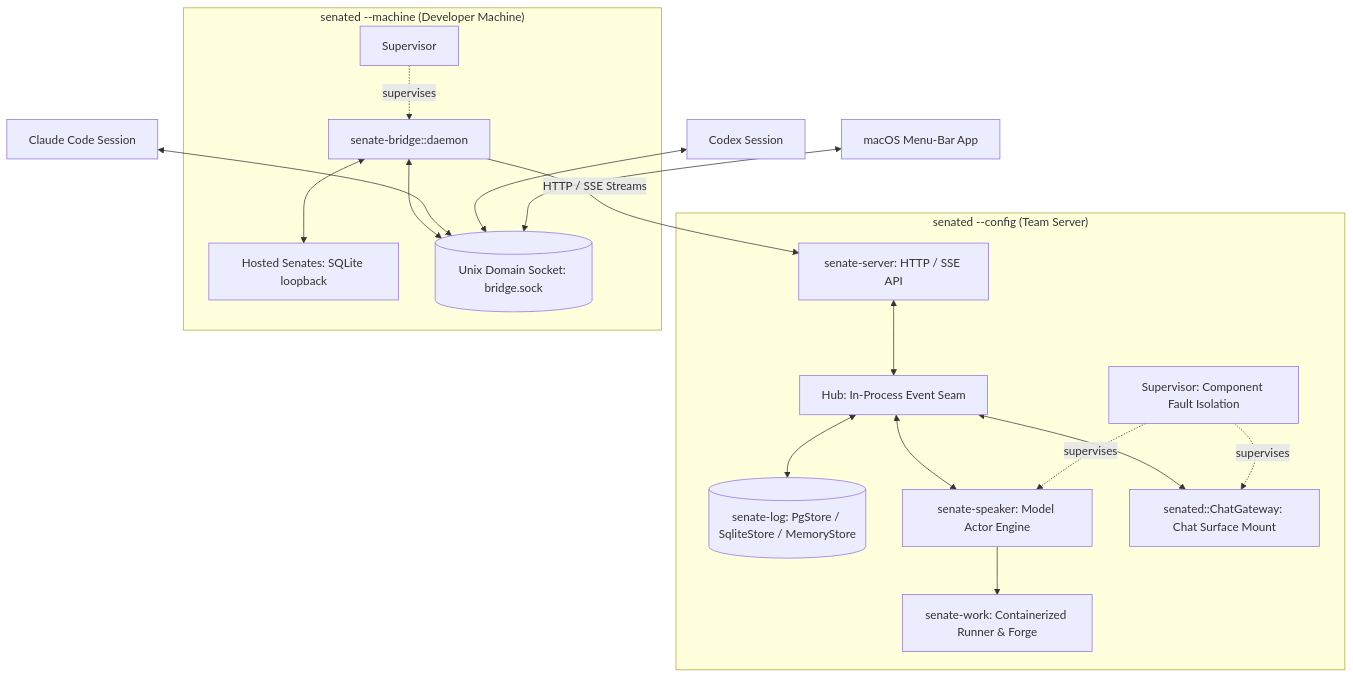
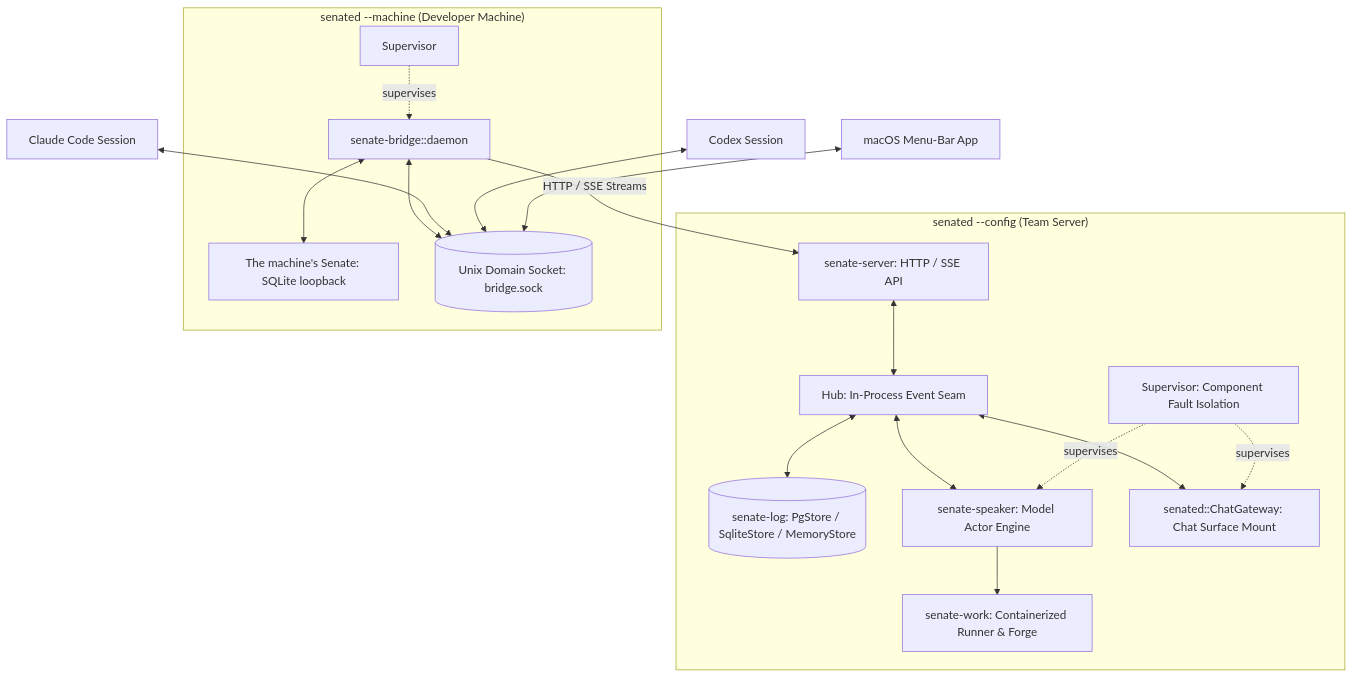
The diagram in README.md (oops-rs/senate), drawn with Mermaid before and after one commit. The commit also changed other lines of this file and 55 other files, not shown here.

````diff
--- a/README.md
+++ b/README.md
@@ -90,36 +92,36 @@
 ```mermaid
 graph TD
     subgraph Server["senated --config (Team Server)"]
         API[senate-server: HTTP / SSE API]
         HUB[Hub: In-Process Event Seam]
         LOG[(senate-log: PgStore / SqliteStore / MemoryStore)]
         SPK[senate-speaker: Model Actor Engine]
         WRK[senate-work: Containerized Runner & Forge]
         CGW[senated::ChatGateway: Chat Surface Mount]
         SUP[Supervisor: Component Fault Isolation]
 
         API <--> HUB
         HUB <--> LOG
         HUB <--> SPK
         SPK --> WRK
         HUB <--> CGW
         SUP -. supervises .-> SPK
         SUP -. supervises .-> CGW
     end
 
     subgraph Machine["senated --machine (Developer Machine)"]
         MSUP[Supervisor]
         BRG[senate-bridge::daemon]
-        HOSTED[Hosted Senates: SQLite loopback]
+        HOSTED[The machine's Senate: SQLite loopback]
         SOCK[(Unix Domain Socket: bridge.sock)]
 
         MSUP -. supervises .-> BRG
         BRG <--> SOCK
         BRG <--> HOSTED
     end
 
     BRG -- "HTTP / SSE Streams" --> API
     CLAUDE[Claude Code Session] <--> SOCK
     CODEX[Codex Session] <--> SOCK
     APP[macOS Menu-Bar App] <--> SOCK
 ```
````
